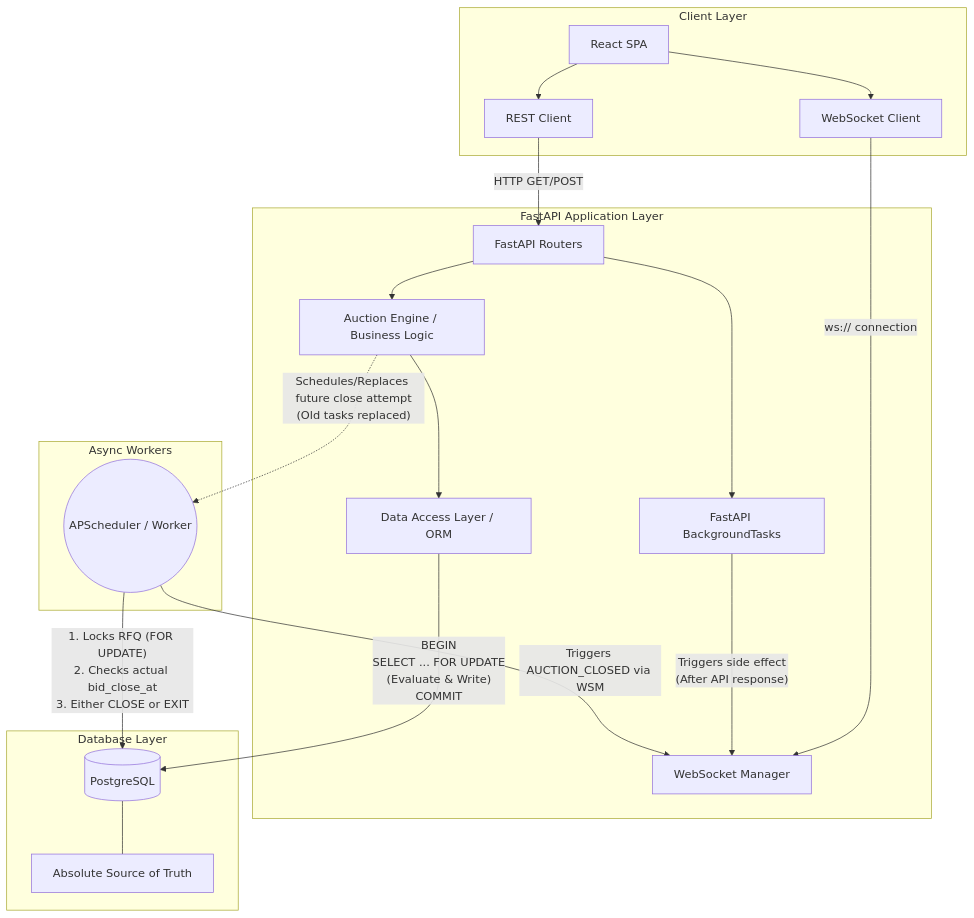
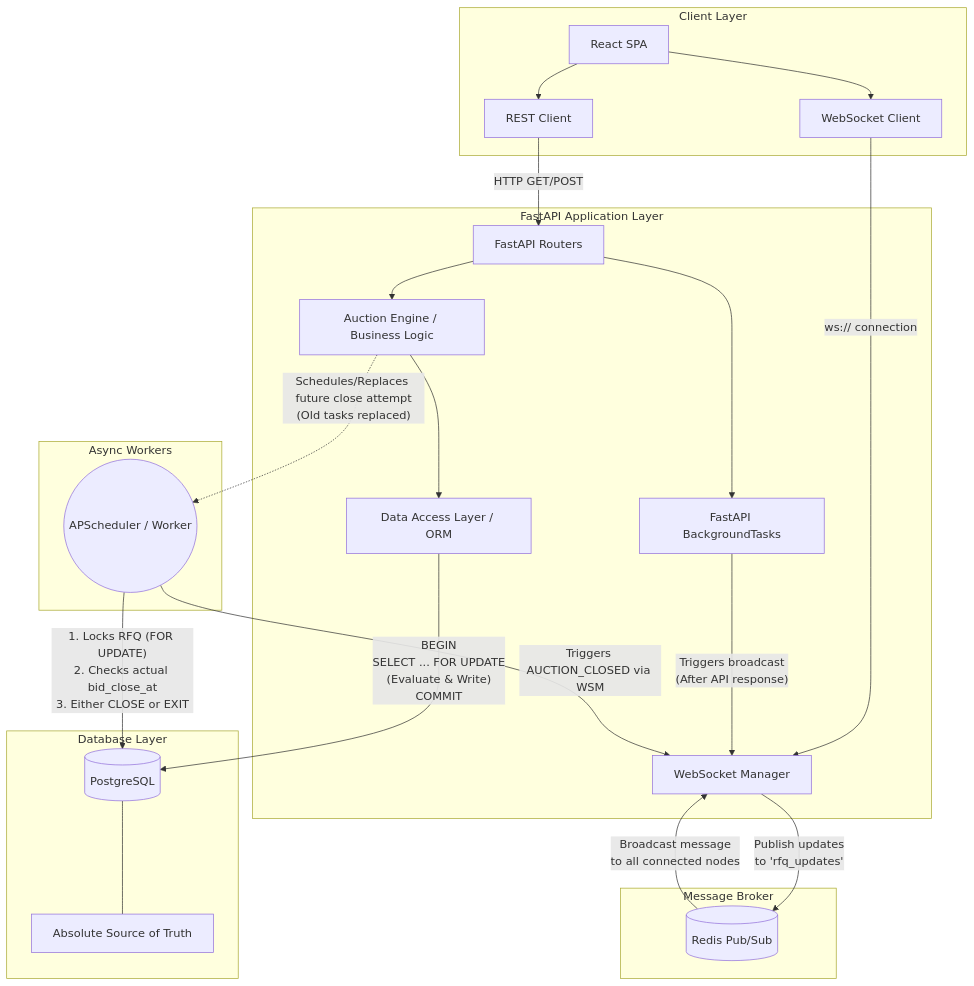
Before and after one commit to AviBapatu/BritishRFQ: the diagram in System Architecture.md, drawn with Mermaid. The commit also changed 1 other file, not shown here.

Commit message:
integrated Redis Pub/Sub into sequence and architecture diagrams for cross-instance WebSocket broadcasting

````diff
--- a/System Architecture.md
+++ b/System Architecture.md
@@ -3,48 +3,55 @@
 ```mermaid
 graph TD
     %% Client Layer
     subgraph Client Layer
         R[React SPA]
         REST_C[REST Client]
         WS_C[WebSocket Client]
         R --> REST_C
         R --> WS_C
     end
 
     %% Application Layer (FastAPI)
     subgraph FastAPI Application Layer
         API[FastAPI Routers]
         WSM[WebSocket Manager]
         AE[Auction Engine / Business Logic]
         DAL[Data Access Layer / ORM]
         BT[FastAPI BackgroundTasks]
         
         REST_C -- HTTP GET/POST --> API
         WS_C -- ws:// connection --> WSM
         
         API --> AE
         API --> BT
         AE --> DAL
-        BT -- "Triggers side effect\n(After API response)" --> WSM
+        BT -- "Triggers broadcast\n(After API response)" --> WSM
+    end
+
+    %% Message Broker
+    subgraph Message Broker
+        Redis[(Redis Pub/Sub)]
     end
 
     %% Database Layer (The Source of Truth)
     subgraph Database Layer
         DB[(PostgreSQL)]
         Note_DB[Absolute Source of Truth]
         DB --- Note_DB
     end
 
     %% Background Jobs (The "Dumb" Worker)
     subgraph Async Workers
         BW((APScheduler / Worker))
     end
 
     %% Connections & Flow
     DAL -- "BEGIN\nSELECT ... FOR UPDATE\n(Evaluate & Write)\nCOMMIT" --> DB
+    WSM -- "Publish updates\nto 'rfq_updates'" --> Redis
+    Redis -- "Broadcast message\nto all connected nodes" --> WSM
     
     %% Worker Flow
     AE -. "Schedules/Replaces future close attempt\n(Old tasks replaced)" .-> BW
     BW -- "1. Locks RFQ (FOR UPDATE)\n2. Checks actual bid_close_at\n3. Either CLOSE or EXIT" --> DB
     BW -- "Triggers AUCTION_CLOSED via WSM" --> WSM
 ```
````
